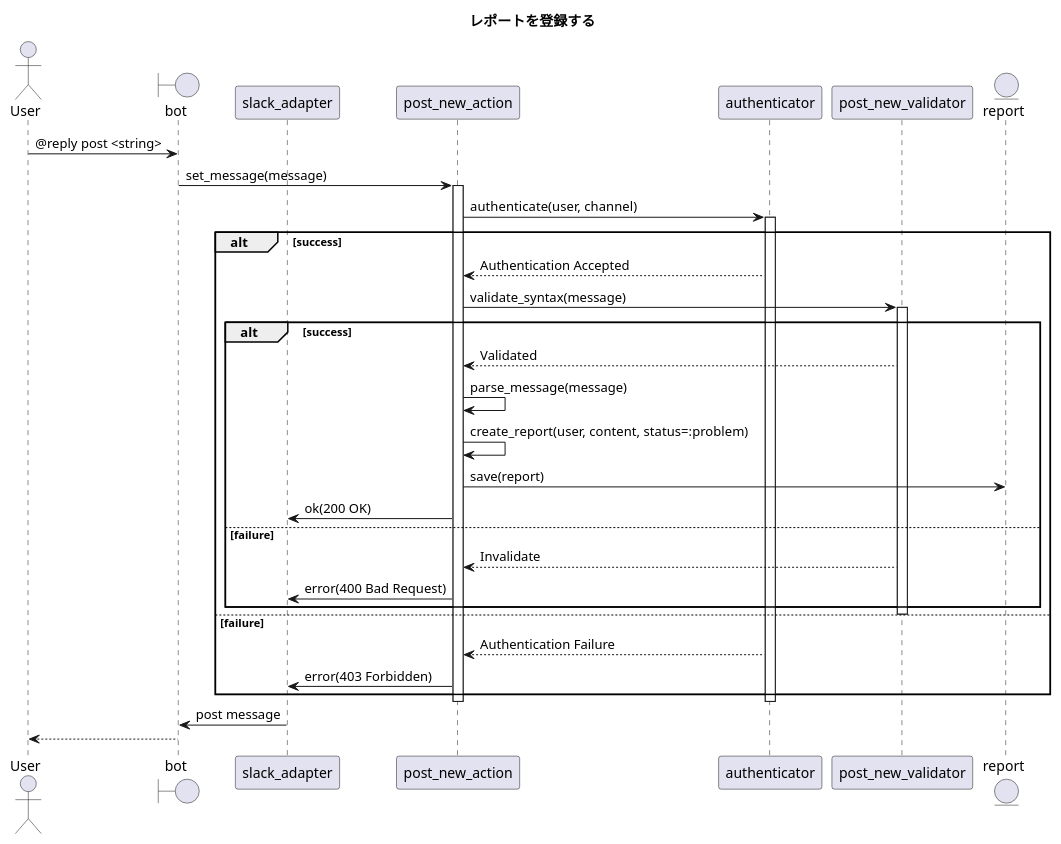
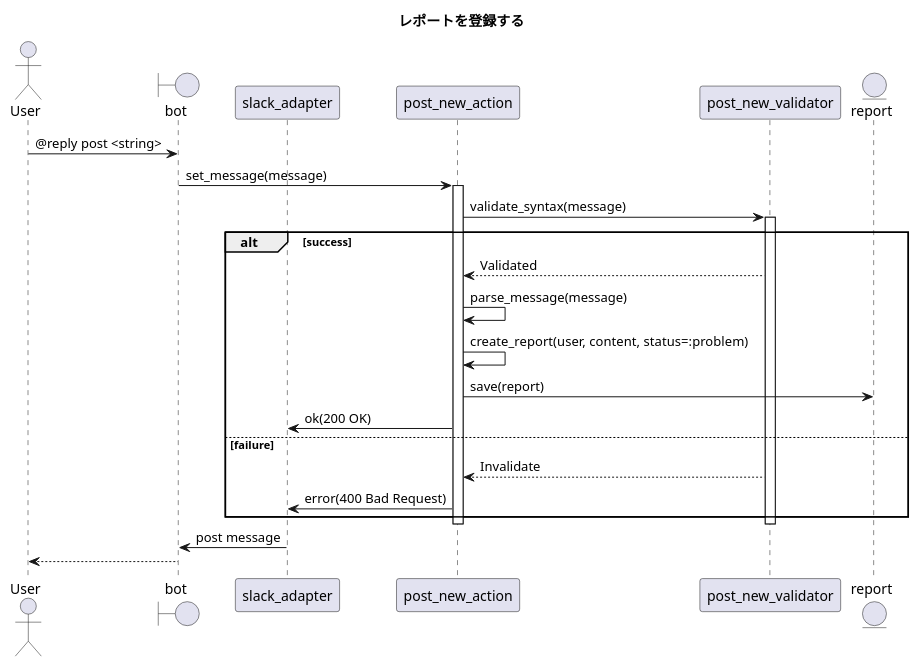
One commit to ito-masam/kpt-guard.doc changed the diagram in 1.design/5.sequences/post-report-new.md. Above: the diagram before and after it, drawn with PlantUML. The commit also changed 15 other files, not shown here.

```diff
--- a/1.design/5.sequences/post-report-new.md
+++ b/1.design/5.sequences/post-report-new.md
@@ -1,46 +1,35 @@
 @startuml
 
     ' ----------- meta
     title レポートを登録する
 
     actor User
     boundary bot
     participant slack_adapter
     participant post_new_action
-    participant authenticator
     participant post_new_validator
     entity report
 
     ' ----------- main
     User -> bot : @reply post <string>
     bot -> post_new_action : set_message(message)
     activate post_new_action
-      post_new_action -> authenticator : authenticate(user, channel)
-      activate authenticator
-        alt success
-          authenticator --> post_new_action : Authentication Accepted
-          post_new_action -> post_new_validator : validate_syntax(message)
-          activate post_new_validator
+        post_new_action -> post_new_validator : validate_syntax(message)
+        activate post_new_validator
             alt success
-              post_new_validator --> post_new_action : Validated
-              post_new_action -> post_new_action : parse_message(message)
-              post_new_action -> post_new_action : create_report(user, content, status=:problem)
-              post_new_action -> report : save(report)
-              post_new_action -> slack_adapter : ok(200 OK)
+                post_new_validator --> post_new_action : Validated
+                post_new_action -> post_new_action : parse_message(message)
+                post_new_action -> post_new_action : create_report(user, content, status=:problem)
+                post_new_action -> report : save(report)
+                post_new_action -> slack_adapter : ok(200 OK)
             else failure
-              ' ----------- alternative
-              post_new_validator --> post_new_action : Invalidate
-              post_new_action -> slack_adapter : error(400 Bad Request)
+                ' ----------- alternative
+                post_new_validator --> post_new_action : Invalidate
+                post_new_action -> slack_adapter : error(400 Bad Request)
             end
-          deactivate post_new_validator
-        else failure
-          ' ----------- alternative
-          authenticator --> post_new_action : Authentication Failure
-          post_new_action -> slack_adapter : error(403 Forbidden)
-        end
-      deactivate authenticator
+        deactivate post_new_validator
     deactivate post_new_action
     slack_adapter -> bot : post message
     bot --> User
 
 @enduml
```
